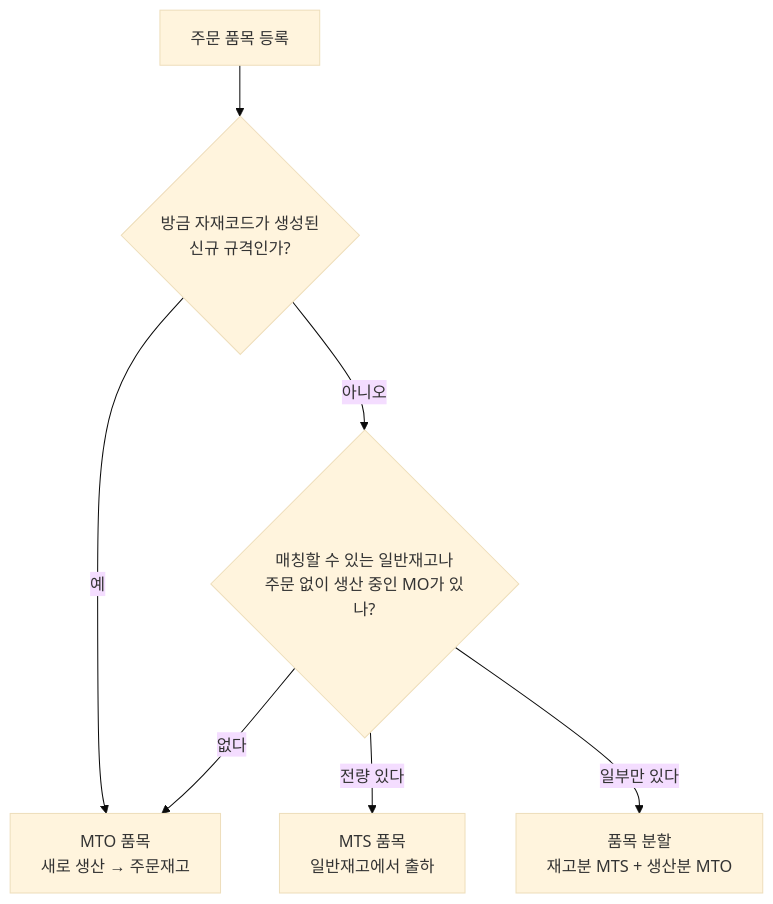
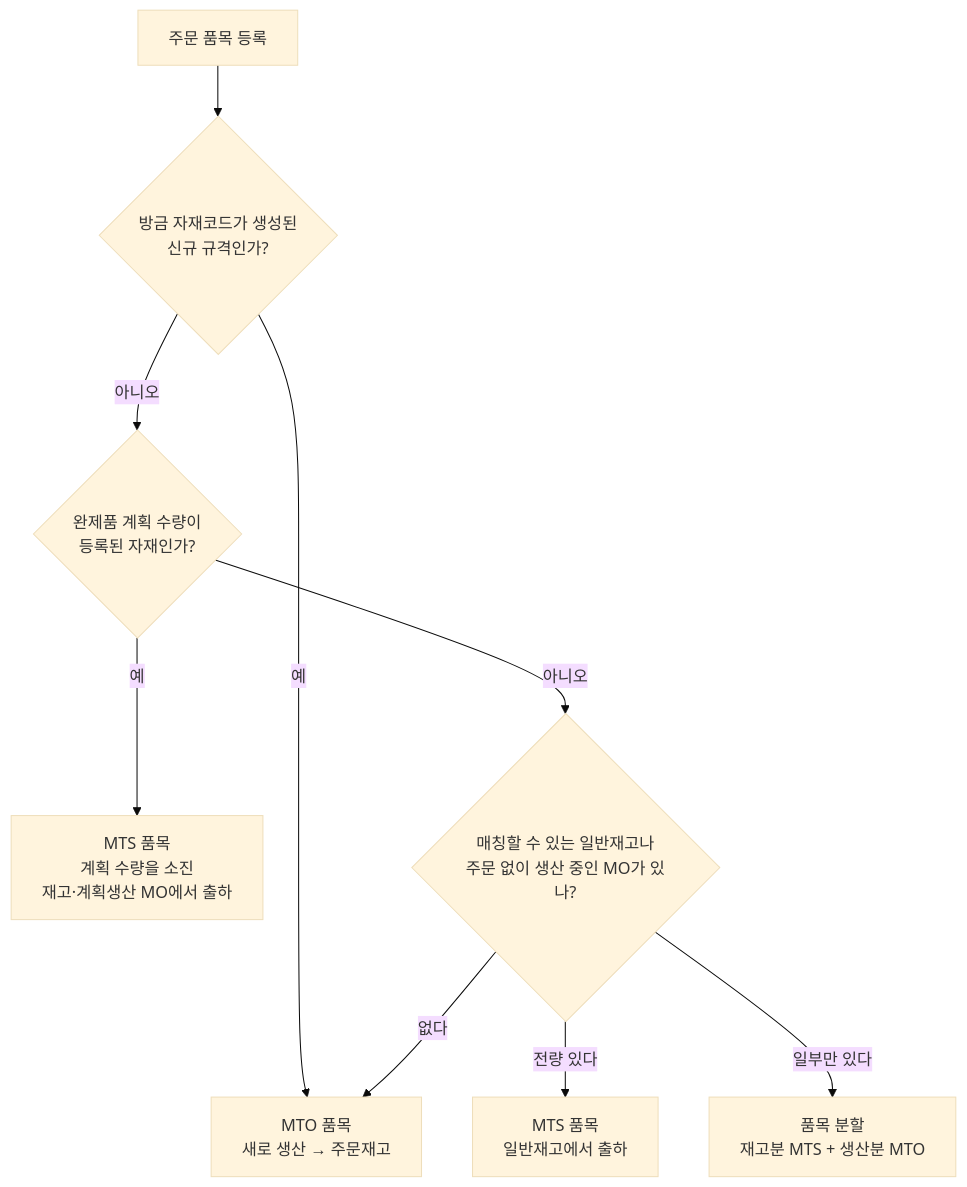
Before and after one commit to donseok/mes-to-be-doc: the fourth of 11 diagrams in docs/mto-mts-hybrid-analysis.md, drawn with Mermaid (base theme). The commit also changed other lines of this file and 5 other files, not shown here.

````diff
--- a/docs/mto-mts-hybrid-analysis.md
+++ b/docs/mto-mts-hybrid-analysis.md
@@ -183,9 +183,11 @@
 ```mermaid
 flowchart TD
   S["주문 품목 등록"] --> Q1{"방금 자재코드가 생성된<br/>신규 규격인가?"}
   Q1 -->|"예"| MTO["MTO 품목<br/>새로 생산 → 주문재고"]
-  Q1 -->|"아니오"| Q2{"매칭할 수 있는 일반재고나<br/>주문 없이 생산 중인 MO가 있나?"}
+  Q1 -->|"아니오"| Q0{"완제품 계획 수량이<br/>등록된 자재인가?"}
+  Q0 -->|"예"| MTSP["MTS 품목<br/>계획 수량을 소진<br/>재고·계획생산 MO에서 출하"]
+  Q0 -->|"아니오"| Q2{"매칭할 수 있는 일반재고나<br/>주문 없이 생산 중인 MO가 있나?"}
   Q2 -->|"전량 있다"| MTS["MTS 품목<br/>일반재고에서 출하"]
   Q2 -->|"일부만 있다"| SPLIT["품목 분할<br/>재고분 MTS + 생산분 MTO"]
   Q2 -->|"없다"| MTO
 ```
````
